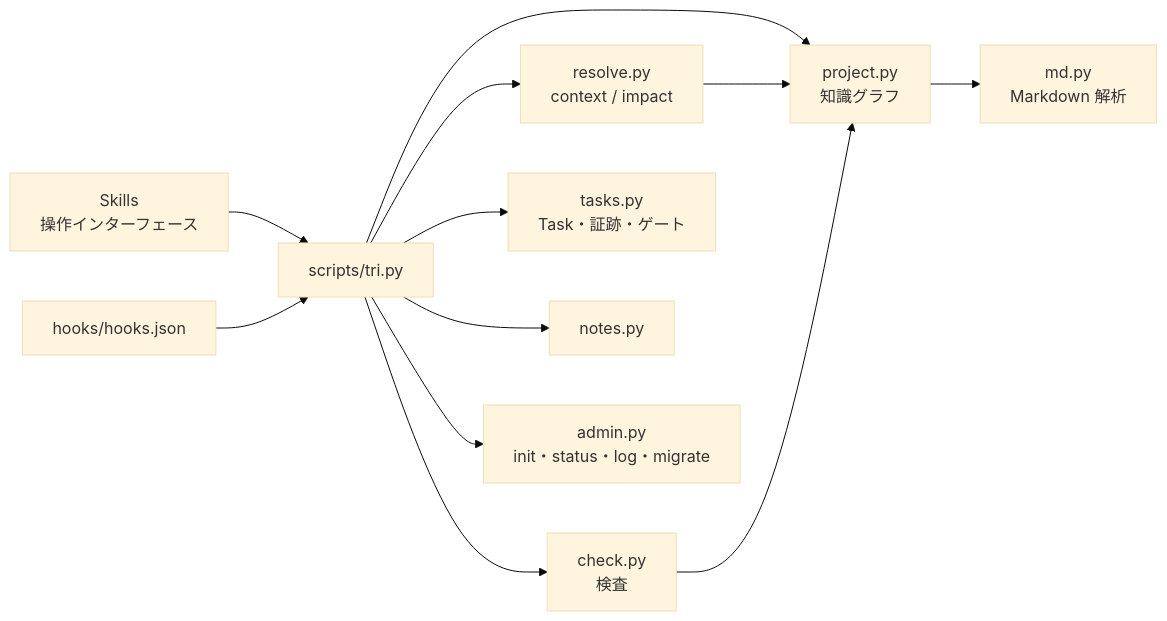
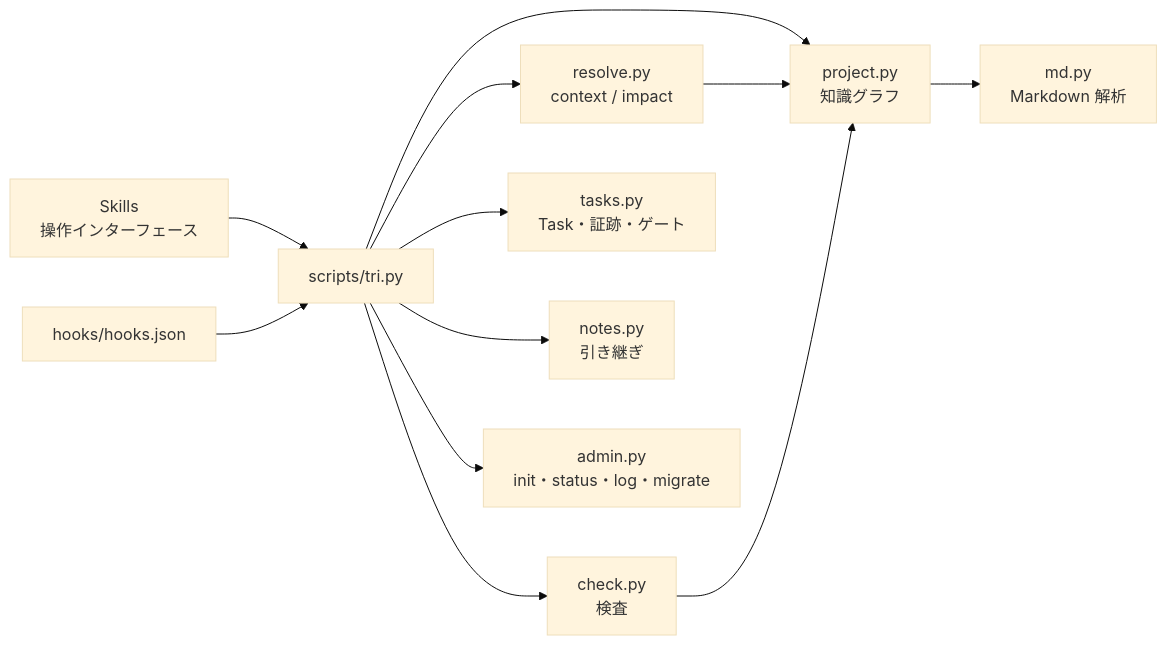
Before and after one commit to emanon-i/tri-ssd: the diagram in docs/architecture.md, drawn with Mermaid (base theme). The commit also changed other lines of this file and 38 other files, not shown here.

````diff
--- a/docs/architecture.md
+++ b/docs/architecture.md
@@ -8,14 +8,14 @@
 ```mermaid
 flowchart LR
     Skill[Skills<br>操作インターフェース] --> CLI[scripts/tri.py]
     Hook[hooks/hooks.json] --> CLI
     CLI --> Project[project.py<br>知識グラフ]
     Project --> MD[md.py<br>Markdown 解析]
     CLI --> Resolve[resolve.py<br>context / impact]
     CLI --> Check[check.py<br>検査]
     CLI --> Tasks[tasks.py<br>Task・証跡・ゲート]
-    CLI --> Notes[notes.py]
+    CLI --> Notes[notes.py<br>引き継ぎ]
     CLI --> Admin[admin.py<br>init・status・log・migrate]
     Resolve --> Project
     Check --> Project
 ```
````
